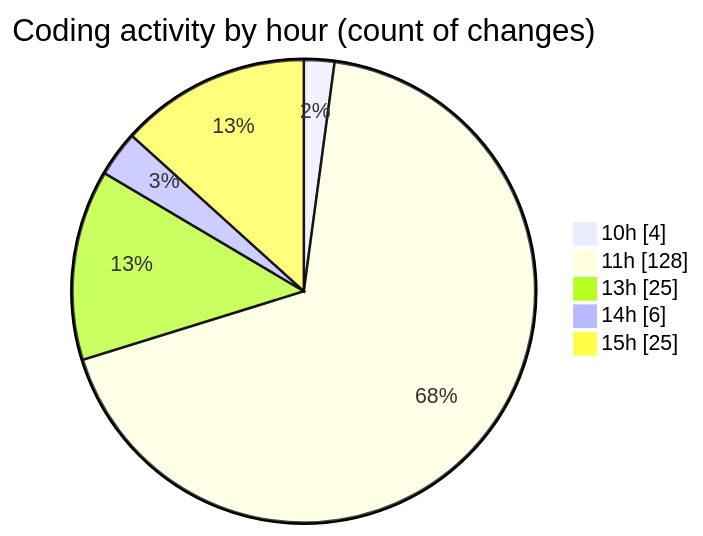
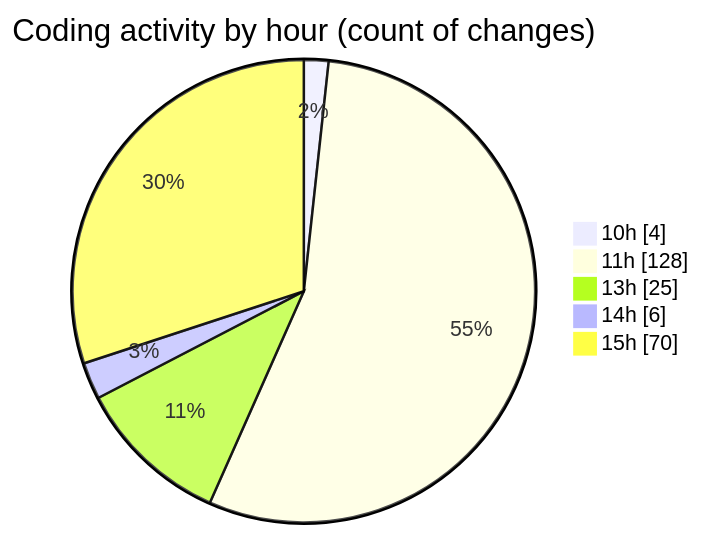
The second of 2 diagrams in 2025-04-14/nxtqube_webapp/README.md (nxtqubesakshisongat/code-tracking), drawn with Mermaid before and after one commit. The commit also changed other lines of this file and 1 other file, not shown here.

````diff
--- a/2025-04-14/nxtqube_webapp/README.md
+++ b/2025-04-14/nxtqube_webapp/README.md
@@ -36,9 +37,9 @@
 ```mermaid
 pie showData
 title Coding activity by hour (count of changes)
 "10h" : 4
 "11h" : 128
 "13h" : 25
 "14h" : 6
-"15h" : 25
+"15h" : 70
 ```
````
